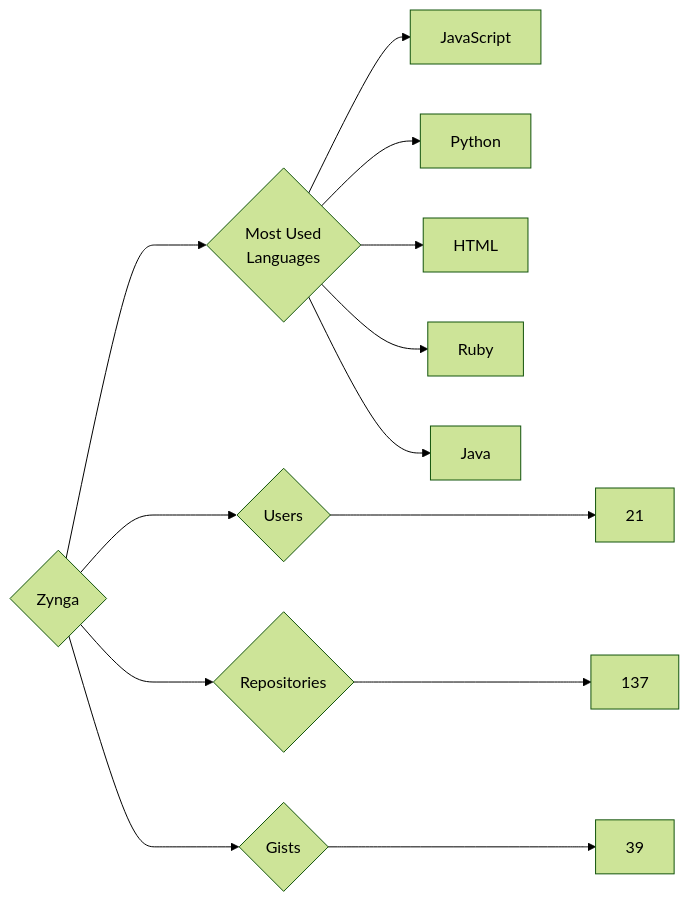
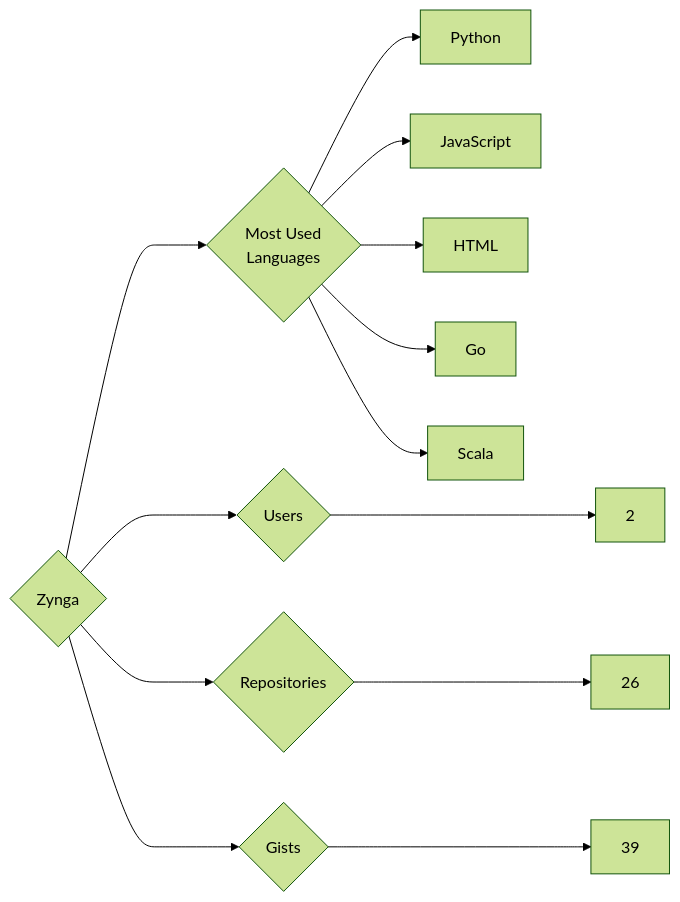
One commit to trickest/insiders changed the diagram in targets/Zynga/README.md. Above: the diagram before and after it, drawn with Mermaid (forest theme). The commit also changed 681 other files, not shown here.

````diff
--- a/targets/Zynga/README.md
+++ b/targets/Zynga/README.md
@@ -3,13 +3,13 @@
 ```mermaid
 graph LR
 COMPANY_NAME{Zynga}
-COMPANY_NAME ---> U{Users} ---> UN[21]
-COMPANY_NAME ---> R{Repositories} ---> RN[137]
+COMPANY_NAME ---> U{Users} ---> UN[2]
+COMPANY_NAME ---> R{Repositories} ---> RN[26]
 COMPANY_NAME ---> G{Gists} ---> GN[39]
 COMPANY_NAME ---> ML{Most Used<br>Languages}
+ML --> Python[Python]
 ML --> JavaScript[JavaScript]
-ML --> Python[Python]
 ML --> HTML[HTML]
-ML --> Ruby[Ruby]
-ML --> Java[Java]
+ML --> Go[Go]
+ML --> Scala[Scala]
 ```
````
